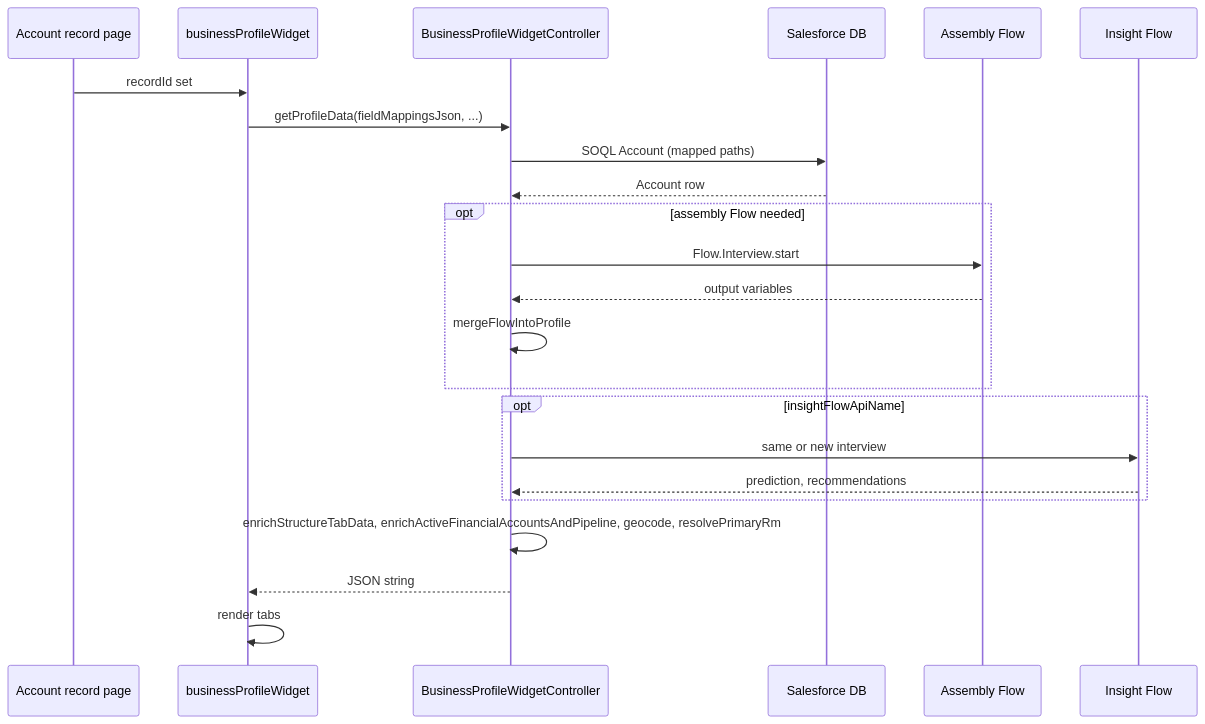
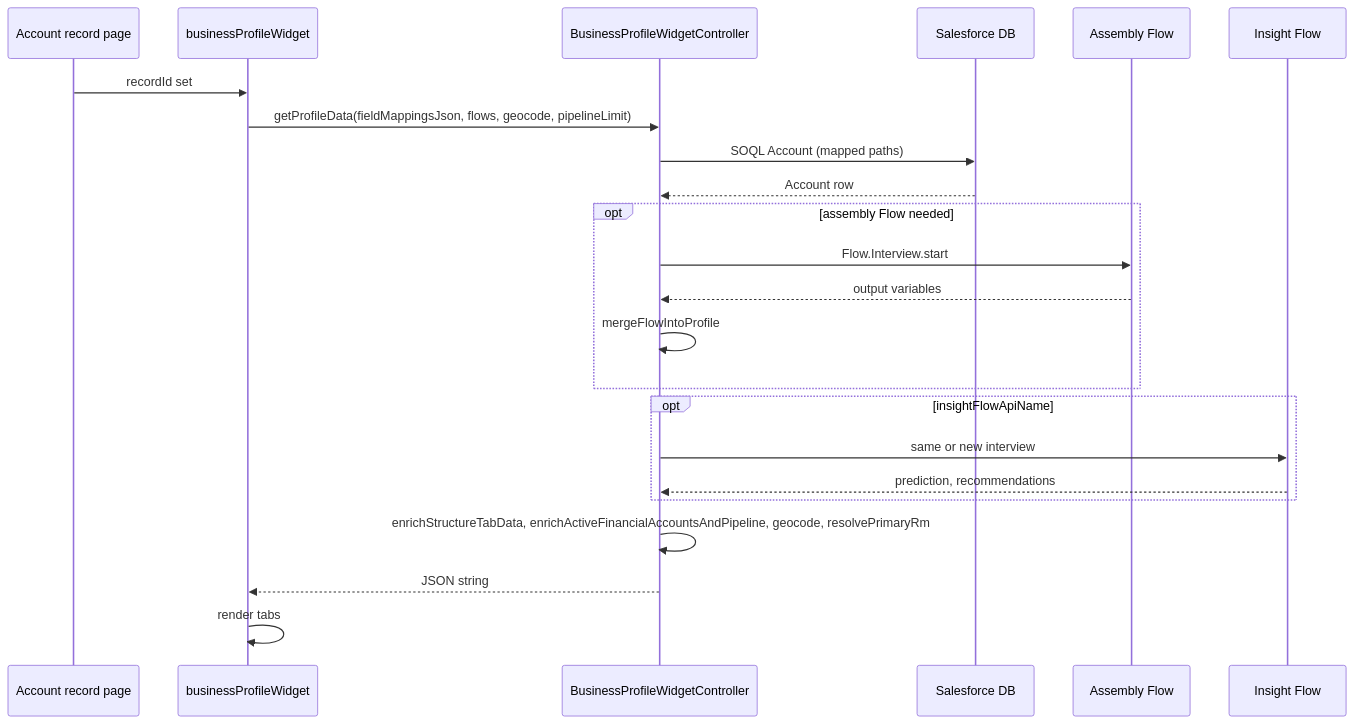
The diagram in DC_BusinessProfileWidget/docs/ARCHITECTURE.md (josers18/JDO), drawn with Mermaid before and after one commit. The commit also changed other lines of this file and 15 other files, not shown here.

First line of the commit message:
Business Profile Widget: configurable Pipeline opportunity limit

````diff
--- a/DC_BusinessProfileWidget/docs/ARCHITECTURE.md
+++ b/DC_BusinessProfileWidget/docs/ARCHITECTURE.md
@@ -31,26 +31,26 @@
 ```mermaid
 sequenceDiagram
     participant Page as Account record page
     participant LWC as businessProfileWidget
     participant Apex as BusinessProfileWidgetController
     participant DB as Salesforce DB
     participant Asm as Assembly Flow
     participant Pred as Insight Flow
 
     Page->>LWC: recordId set
-    LWC->>Apex: getProfileData(fieldMappingsJson, ...)
+    LWC->>Apex: getProfileData(fieldMappingsJson, flows, geocode, pipelineLimit)
     Apex->>DB: SOQL Account (mapped paths)
     DB-->>Apex: Account row
     opt assembly Flow needed
         Apex->>Asm: Flow.Interview.start
         Asm-->>Apex: output variables
         Apex->>Apex: mergeFlowIntoProfile
     end
     opt insightFlowApiName
         Apex->>Pred: same or new interview
         Pred-->>Apex: prediction, recommendations
     end
     Apex->>Apex: enrichStructureTabData, enrichActiveFinancialAccountsAndPipeline, geocode, resolvePrimaryRm
     Apex-->>LWC: JSON string
     LWC->>LWC: render tabs
 ```
````
